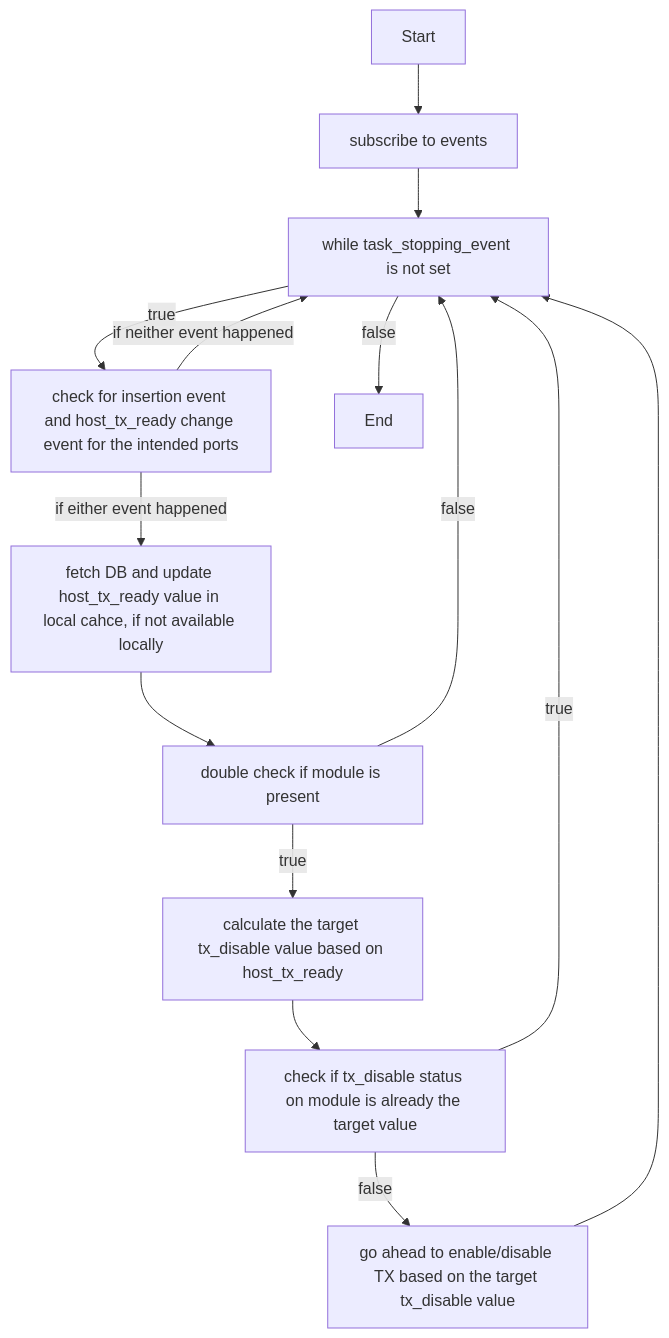
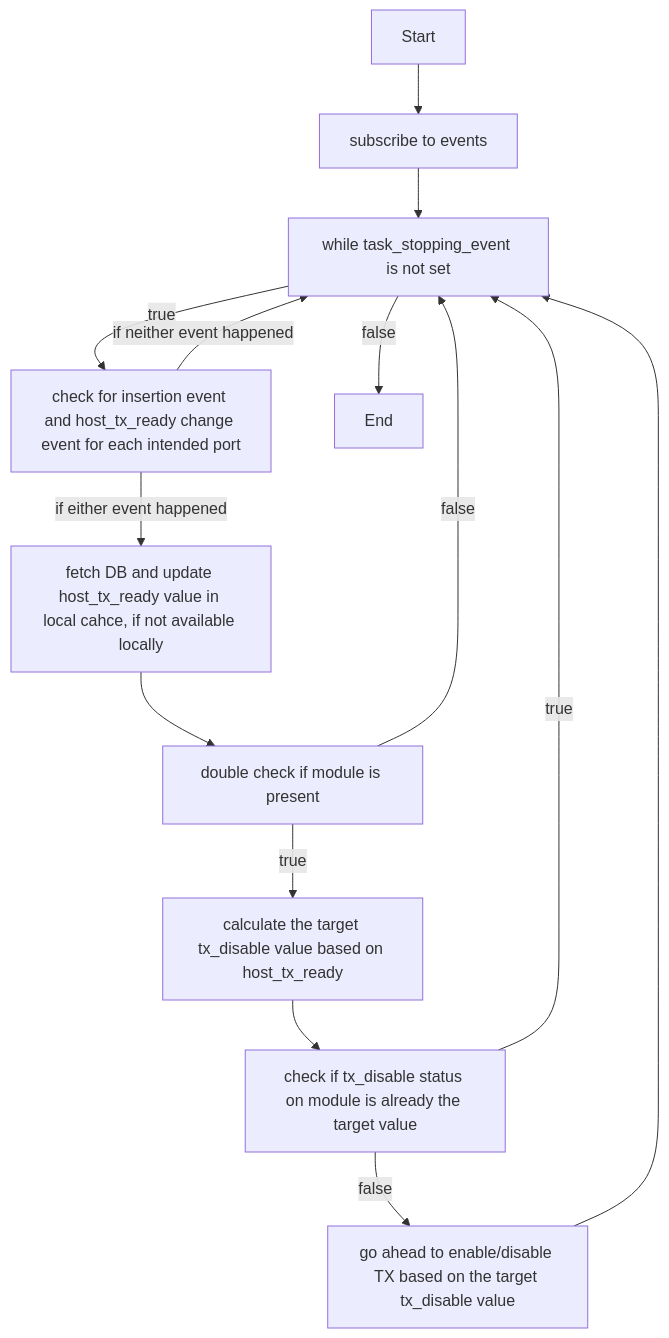
Before and after one commit to sonic-net/SONiC: the second of 2 diagrams in doc/sfp-cmis/Interface-Link-bring-up-sequence.md, drawn with Mermaid.

Commit message:
Minor change

````diff
--- a/doc/sfp-cmis/Interface-Link-bring-up-sequence.md
+++ b/doc/sfp-cmis/Interface-Link-bring-up-sequence.md
@@ -191,25 +191,25 @@
 ```mermaid
 graph TD;
 A[subscribe to events]
 B[while task_stopping_event is not set]
-C[check for insertion event and host_tx_ready change event for the intended ports]
+C[check for insertion event and host_tx_ready change event for each intended port]
 D[double check if module is present]
 E[fetch DB and update host_tx_ready value in local cahce, if not available locally]
 F[calculate the target tx_disable value based on host_tx_ready]
 G[check if tx_disable status on module is already the target value]
 H[go ahead to enable/disable TX based on the target tx_disable value]
 
 Start --> A
 A --> B
 B -- true --> C
 C -- if either event happened --> E
 C -- if neither event happened --> B
 E --> D
 D -- true --> F
 D -- false --> B
 F --> G
 G -- true --> B
 G -- false --> H
 H --> B
 B -- false --> End
 ```
````
